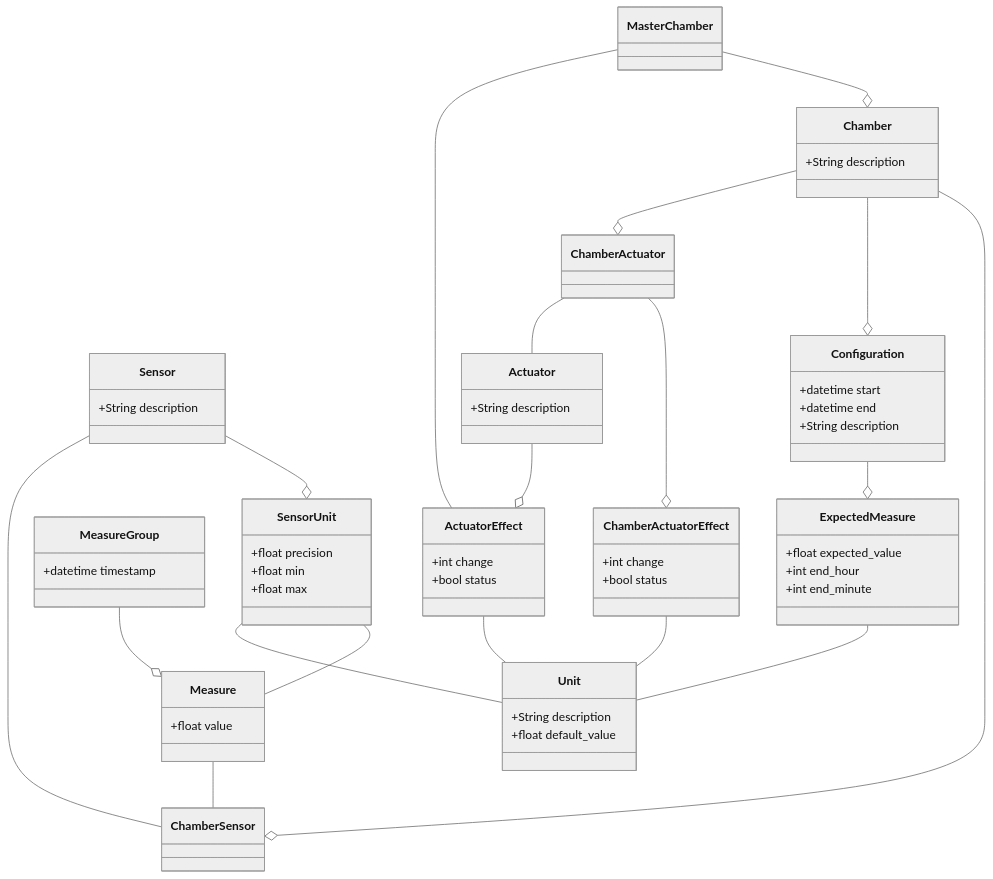
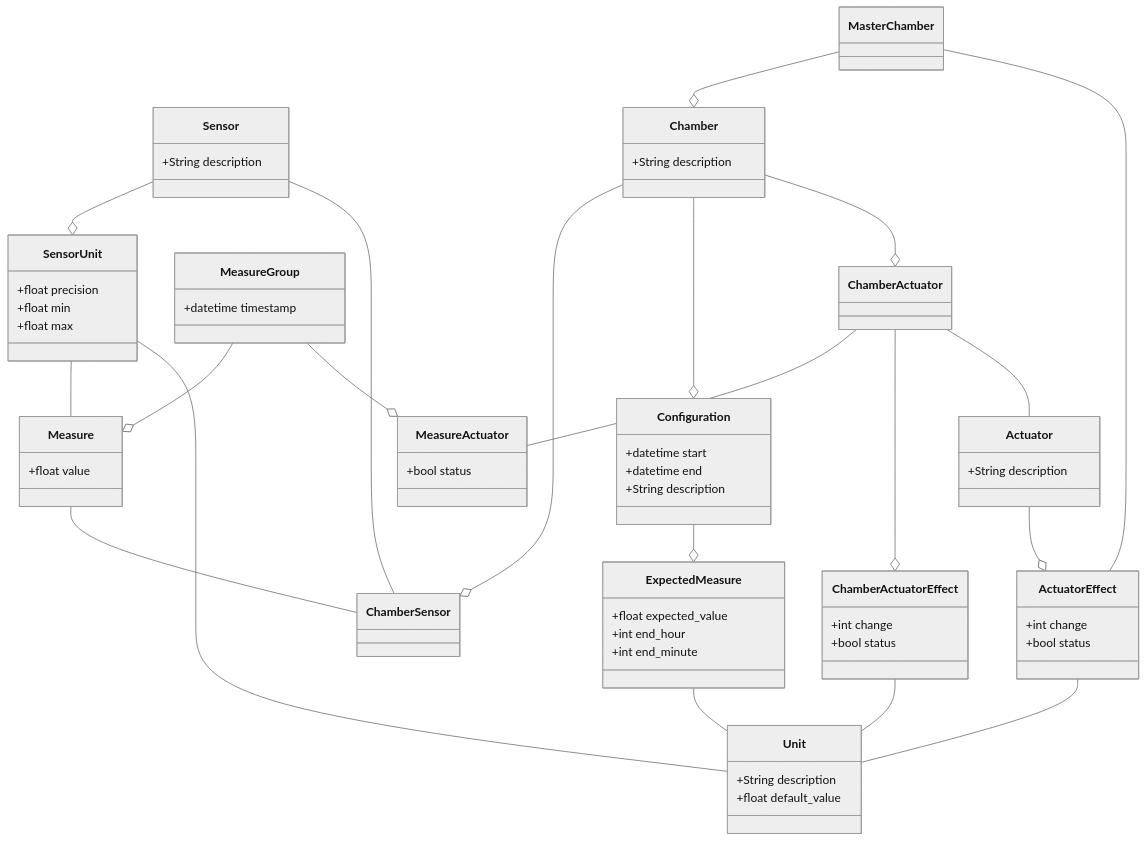
The diagram in docs/database_design.md (GrowCab/GC_database), drawn with Mermaid (neutral theme) before and after one commit.

Commit message:
Add measure for actuators too

```diff
--- a/docs/database_design.md
+++ b/docs/database_design.md
@@ -69,11 +69,16 @@
     +bool status
 }
 
+class MeasureActuator {
+    +bool status
+}
 
 MasterChamber --o Chamber
 MeasureGroup --o Measure
 Measure -- ChamberSensor
 SensorUnit -- Measure
+MeasureGroup --o MeasureActuator
+ChamberActuator -- MeasureActuator
 Sensor --o SensorUnit
 SensorUnit -- Unit
 Chamber --o ChamberSensor
```
